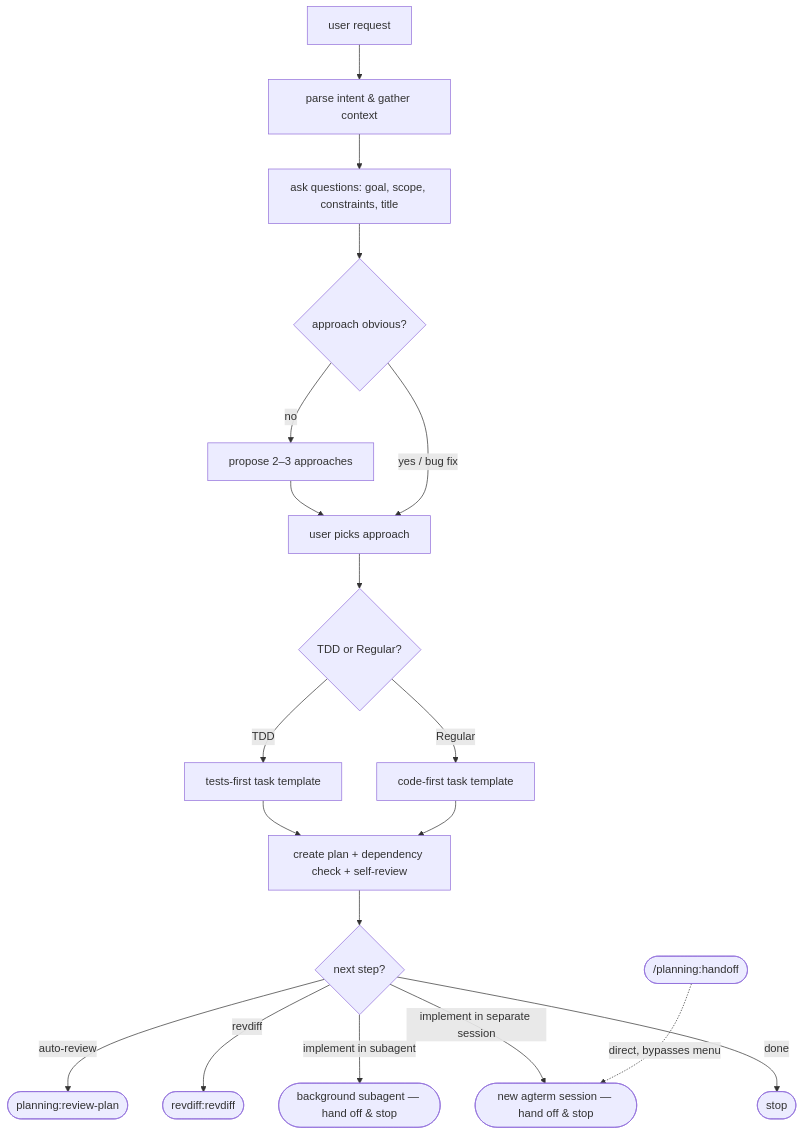
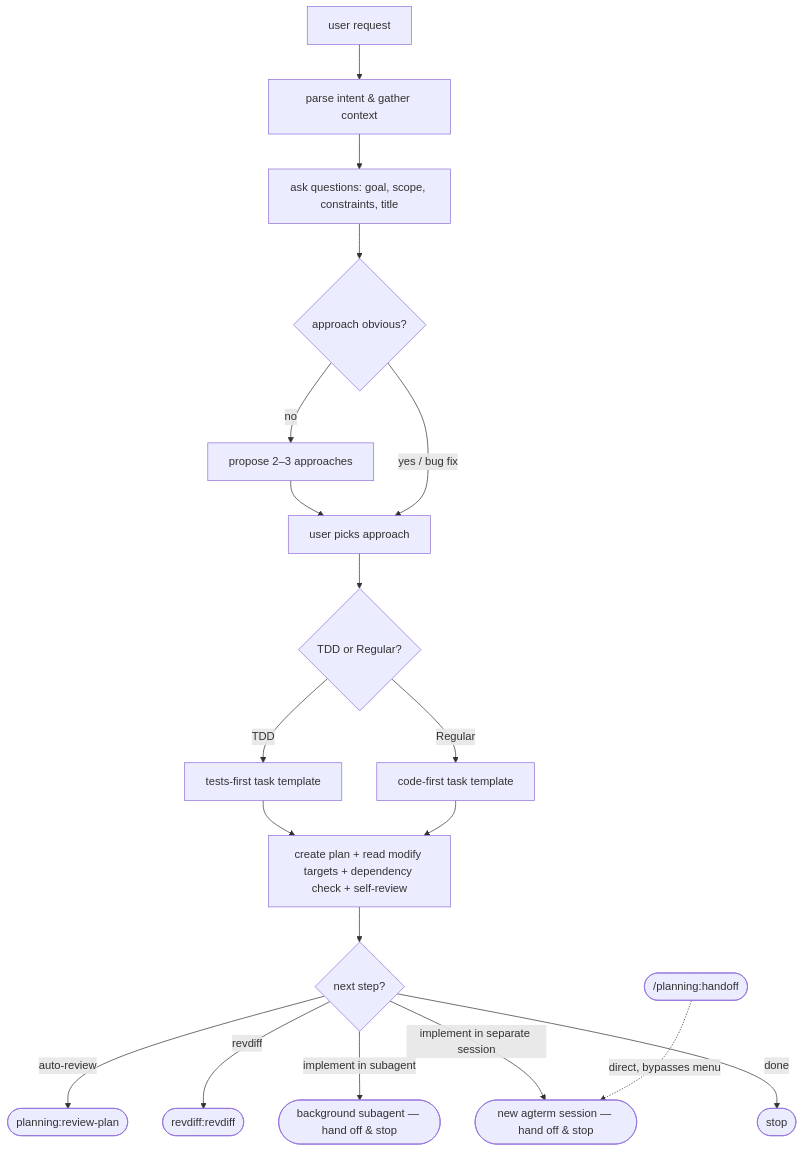
The second of 4 diagrams in README.md (parMaster/claude-dlc), drawn with Mermaid before and after one commit. The commit also changed other lines of this file and 8 other files, not shown here.

````diff
--- a/README.md
+++ b/README.md
@@ -93,21 +93,21 @@
 ```mermaid
 flowchart TD
     A["user request"] --> B["parse intent & gather context"]
     B --> C["ask questions: goal, scope, constraints, title"]
     C --> D{"approach obvious?"}
     D -->|no| E["propose 2–3 approaches"]
     E --> F["user picks approach"]
     D -->|"yes / bug fix"| F
     F --> G{"TDD or Regular?"}
     G -->|TDD| H["tests-first task template"]
     G -->|Regular| I["code-first task template"]
-    H --> J["create plan + dependency check + self-review"]
+    H --> J["create plan + read modify targets + dependency check + self-review"]
     I --> J
     J --> K{"next step?"}
     K -->|auto-review| L(["planning:review-plan"])
     K -->|revdiff| M(["revdiff:revdiff"])
     K -->|"implement in subagent"| SUB(["background subagent — hand off & stop"])
     K -->|"implement in separate session"| SESS(["new agterm session — hand off & stop"])
     K -->|done| N(["stop"])
     EXT(["/planning:handoff"]) -.->|direct, bypasses menu| SESS
 ```
````
